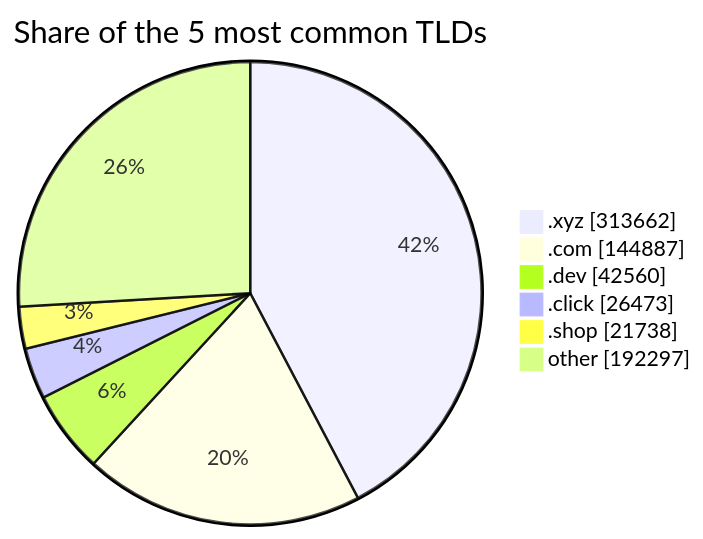
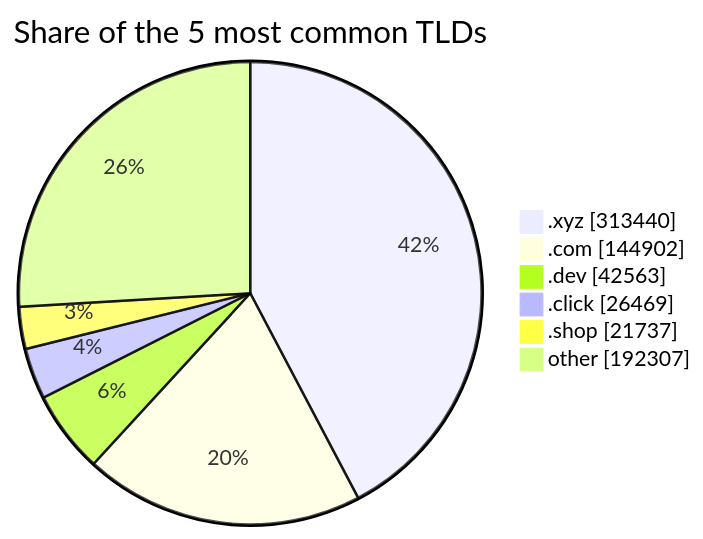
One commit to DNSBunker/CTI changed the third of 3 diagrams in README.md. Above: the diagram before and after it, drawn with Mermaid. The commit also changed other lines of this file and 3 other files, not shown here.

````diff
--- a/README.md
+++ b/README.md
@@ -81,9 +81,9 @@
 ```mermaid
 pie showData title Share of the 5 most common TLDs
-    ".xyz" : 313662
-    ".com" : 144887
-    ".dev" : 42560
-    ".click" : 26473
-    ".shop" : 21738
-    "other" : 192297
+    ".xyz" : 313440
+    ".com" : 144902
+    ".dev" : 42563
+    ".click" : 26469
+    ".shop" : 21737
+    "other" : 192307
 ```
````
